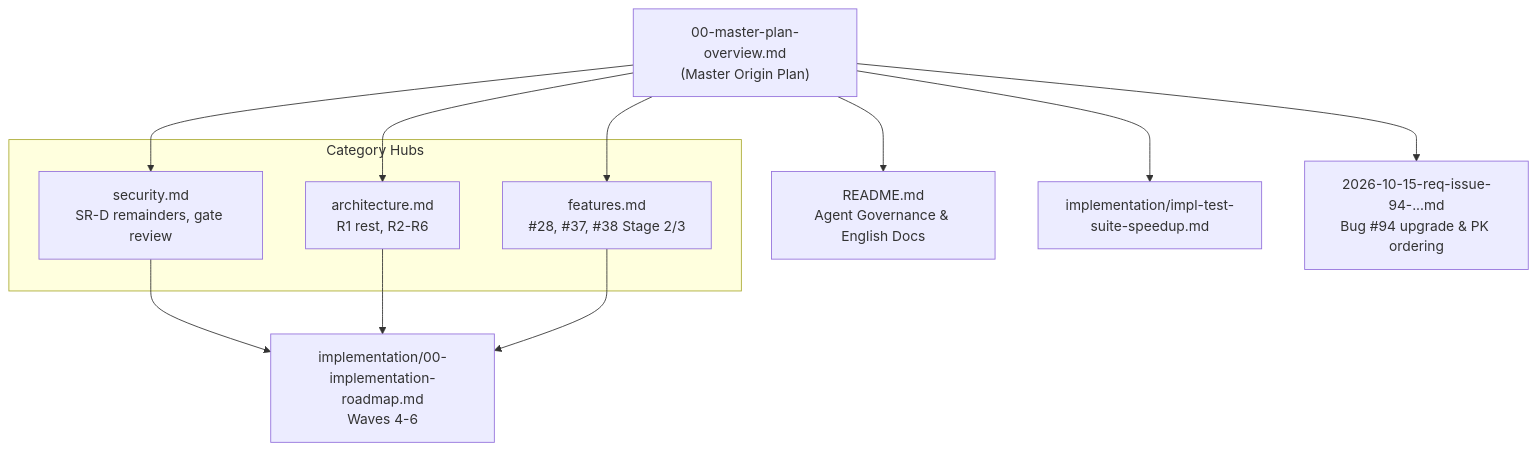
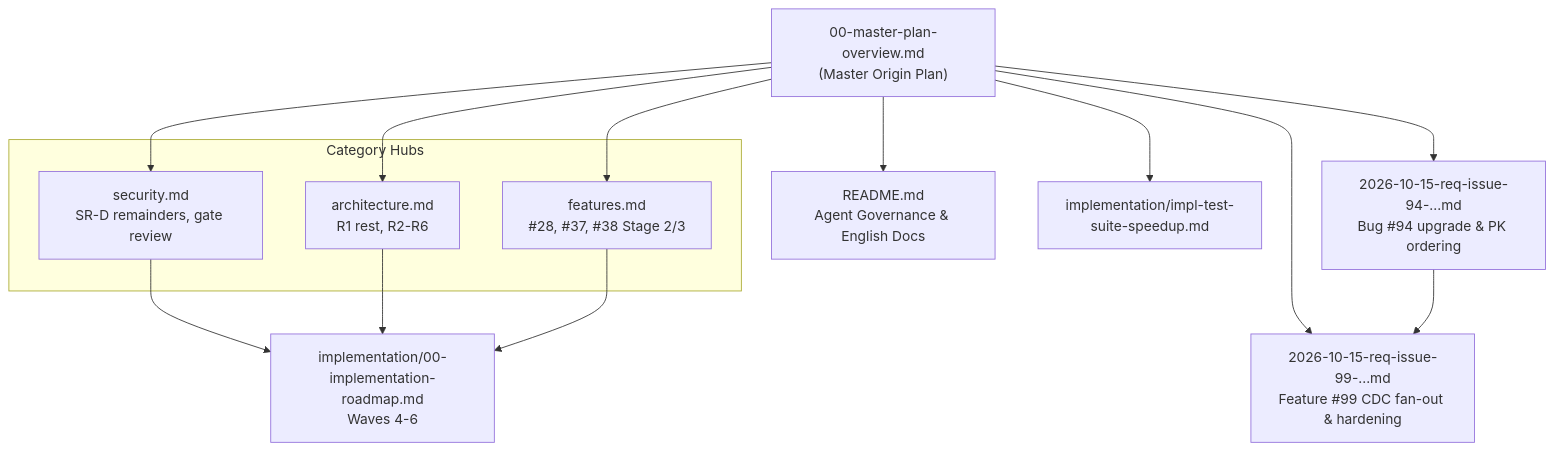
Before and after one commit to themulle/autheris: the diagram in docs/plans/00-master-plan-overview.md, drawn with Mermaid. The commit also changed other lines of this file and 1 other file, not shown here.

Commit message:
docs(plans): PRD REQ-CDC-99 governed CDC fan-out and change-tracking hardening (issue #99)
Phase 1: verify issue #99 against main, benchmark against Kafka/Debezium
offsets, outbox, fencing and retention practice, decide open questions
(encrypted values in a governance-DB stream, atomic stream+watermark write,
per-receiver authorization at delivery, declared PKs at activation) and
split into increments I1-I3. Register the PRD in the master plan.

````diff
--- a/docs/plans/00-master-plan-overview.md
+++ b/docs/plans/00-master-plan-overview.md
@@ -44,25 +45,28 @@
 ```mermaid
 flowchart TD
     MP["00-master-plan-overview.md<br/>(Master Origin Plan)"]
     AG["README.md<br/>Agent Governance & English Docs"]
     IR["implementation/00-implementation-roadmap.md<br/>Waves 4-6"]
 
     subgraph Categories ["Category Hubs"]
         SR["security.md<br/>SR-D remainders, gate review"]
         AR["architecture.md<br/>R1 rest, R2-R6"]
         FT["features.md<br/>#28, #37, #38 Stage 2/3"]
     end
 
     TS["implementation/impl-test-suite-speedup.md"]
     B94["2026-10-15-req-issue-94-...md<br/>Bug #94 upgrade & PK ordering"]
+    C99["2026-10-15-req-issue-99-...md<br/>Feature #99 CDC fan-out & hardening"]
 
     MP --> AG
     MP --> SR
     MP --> AR
     MP --> FT
     MP --> TS
     MP --> B94
+    MP --> C99
+    B94 --> C99
     SR --> IR
     AR --> IR
     FT --> IR
 ```
````
